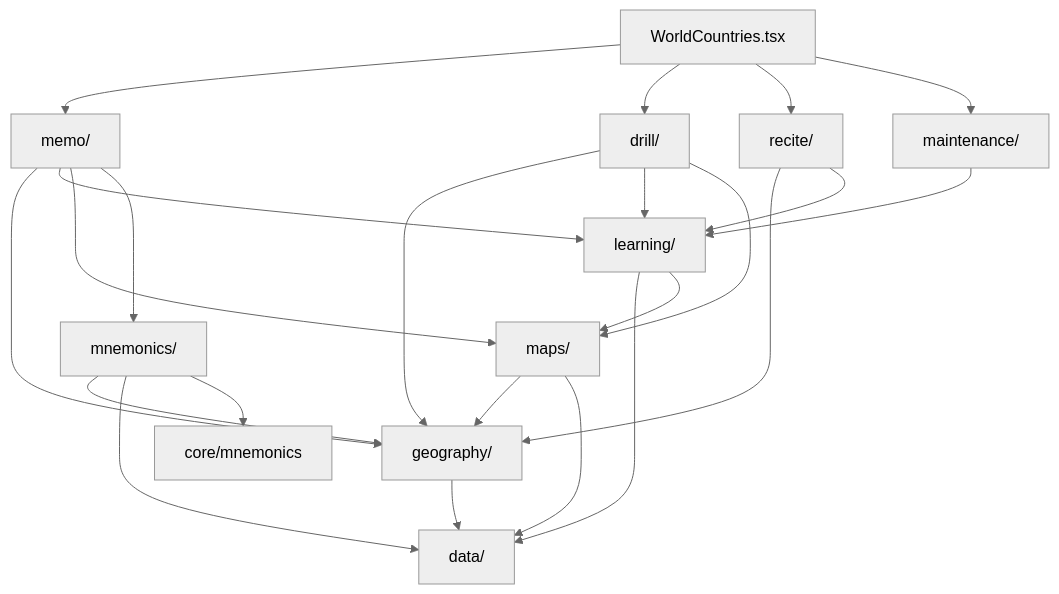
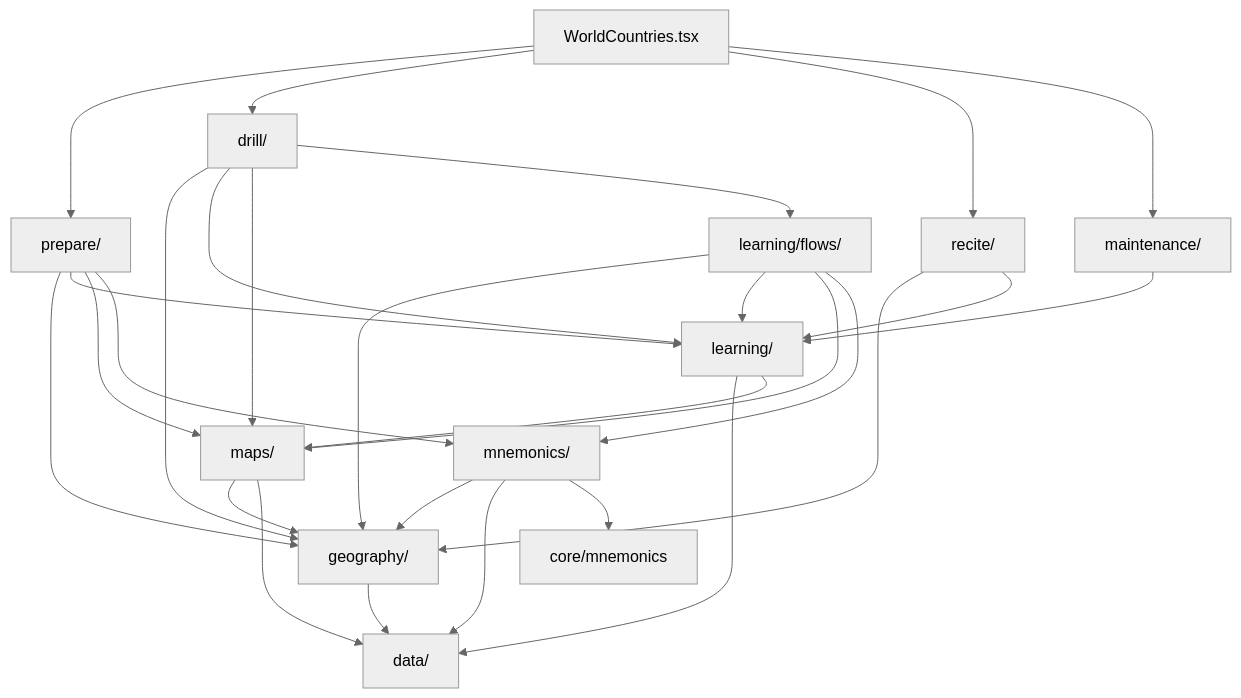
One commit to JolleNo10/major-system-app changed the diagram in docs/architecture/features/WORLD_COUNTRIES.md. Above: the diagram before and after it, drawn with Mermaid (neutral theme). The commit also changed other lines of this file and 55 other files, not shown here.

Commit message:
Change Spec 0003: Reorganize World Countries Prepare and Drill

````diff
--- a/docs/architecture/features/WORLD_COUNTRIES.md
+++ b/docs/architecture/features/WORLD_COUNTRIES.md
@@ -133,25 +136,30 @@
 ```mermaid
 flowchart TD
     Geography["geography/"] --> Data["data/"]
     Learning["learning/"] --> Data
     Learning --> Maps
     Maps["maps/"] --> Geography
     Maps --> Data
     Mnemonics["mnemonics/"] --> Geography
     Mnemonics --> Data
     Mnemonics --> CoreMnemonic["core/mnemonics"]
-    Memo["memo/"] --> Geography
-    Memo --> Learning
-    Memo --> Maps
-    Memo --> Mnemonics
+    Prepare["prepare/"] --> Geography
+    Prepare --> Learning
+    Prepare --> Maps
+    Prepare --> Mnemonics
+    Flows["learning/flows/"] --> Geography
+    Flows --> Learning
+    Flows --> Maps
+    Flows --> Mnemonics
     Drill["drill/"] --> Geography
     Drill --> Learning
     Drill --> Maps
     Recite["recite/"] --> Geography
     Recite --> Learning
     Maintenance["maintenance/"] --> Learning
-    Shell["WorldCountries.tsx"] --> Memo
+    Drill --> Flows
+    Shell["WorldCountries.tsx"] --> Prepare
     Shell --> Drill
     Shell --> Recite
     Shell --> Maintenance
 ```
````
